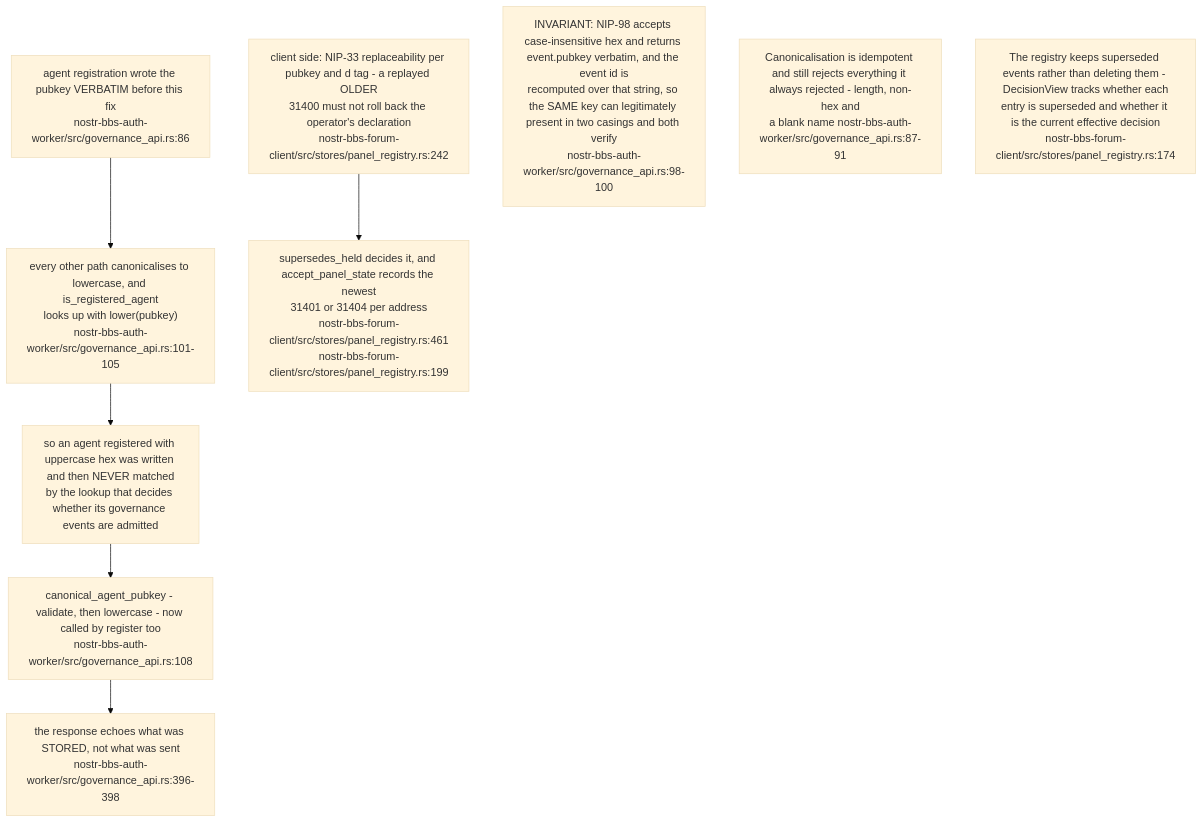
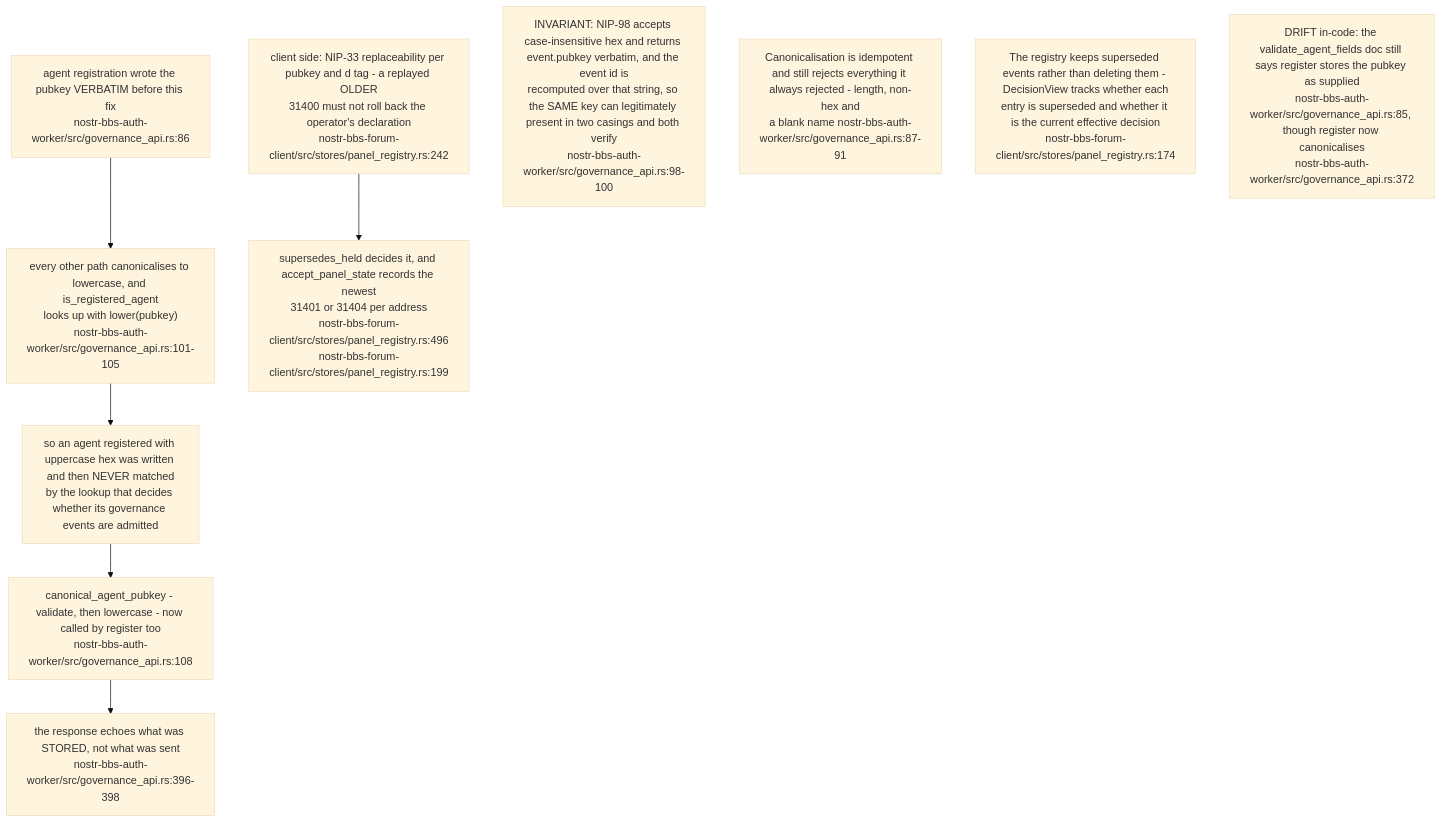
One commit to DreamLab-AI/VisionFlow changed diagram 13 of 17 in docs/diagrams/nostr-rust-forum/06-agent-control-surface-31400-31405.md. Above: the diagram before and after it, drawn with Mermaid (base theme). The commit also changed other lines of this file and 91 other files, not shown here.

````diff
--- a/docs/diagrams/nostr-rust-forum/06-agent-control-surface-31400-31405.md
+++ b/docs/diagrams/nostr-rust-forum/06-agent-control-surface-31400-31405.md
@@ -380,17 +382,18 @@
 ```mermaid
 flowchart TB
     REG["agent registration wrote the pubkey VERBATIM before this fix<br/>nostr-bbs-auth-worker/src/governance_api.rs:86"]
     LOOK["every other path canonicalises to lowercase, and is_registered_agent<br/>looks up with lower(pubkey)<br/>nostr-bbs-auth-worker/src/governance_api.rs:101-105"]
     BUG["so an agent registered with uppercase hex was written and then NEVER matched<br/>by the lookup that decides whether its governance events are admitted"]
     FIX["canonical_agent_pubkey - validate, then lowercase - now called by register too<br/>nostr-bbs-auth-worker/src/governance_api.rs:108"]
     ECHO["the response echoes what was STORED, not what was sent<br/>nostr-bbs-auth-worker/src/governance_api.rs:396-398"]
     NIP33["client side: NIP-33 replaceability per pubkey and d tag - a replayed OLDER<br/>31400 must not roll back the operator's declaration<br/>nostr-bbs-forum-client/src/stores/panel_registry.rs:242"]
-    HELD["supersedes_held decides it, and accept_panel_state records the newest<br/>31401 or 31404 per address<br/>nostr-bbs-forum-client/src/stores/panel_registry.rs:461<br/>nostr-bbs-forum-client/src/stores/panel_registry.rs:199"]
+    HELD["supersedes_held decides it, and accept_panel_state records the newest<br/>31401 or 31404 per address<br/>nostr-bbs-forum-client/src/stores/panel_registry.rs:496<br/>nostr-bbs-forum-client/src/stores/panel_registry.rs:199"]
 
     REG --> LOOK --> BUG --> FIX --> ECHO
     NIP33 --> HELD
 
     N1["INVARIANT: NIP-98 accepts case-insensitive hex and returns event.pubkey verbatim, and the event id is<br/>recomputed over that string, so the SAME key can legitimately present in two casings and both verify<br/>nostr-bbs-auth-worker/src/governance_api.rs:98-100"]
     N2["Canonicalisation is idempotent and still rejects everything it always rejected - length, non-hex and<br/>a blank name nostr-bbs-auth-worker/src/governance_api.rs:87-91"]
     N3["The registry keeps superseded events rather than deleting them - DecisionView tracks whether each<br/>entry is superseded and whether it is the current effective decision<br/>nostr-bbs-forum-client/src/stores/panel_registry.rs:174"]
+    N4["DRIFT in-code: the validate_agent_fields doc still says register stores the pubkey as supplied<br/>nostr-bbs-auth-worker/src/governance_api.rs:85, though register now canonicalises<br/>nostr-bbs-auth-worker/src/governance_api.rs:372"]
 ```
````
